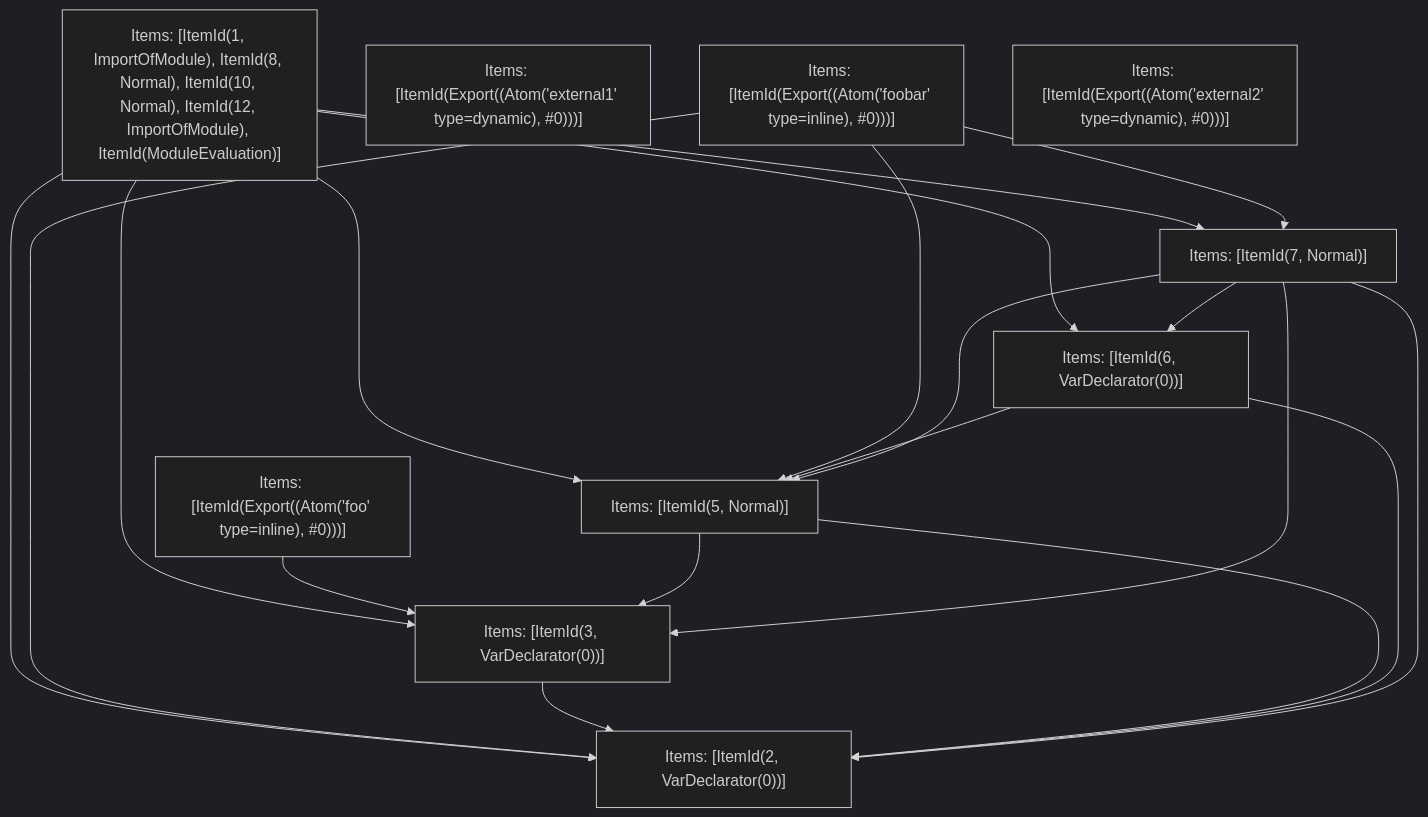
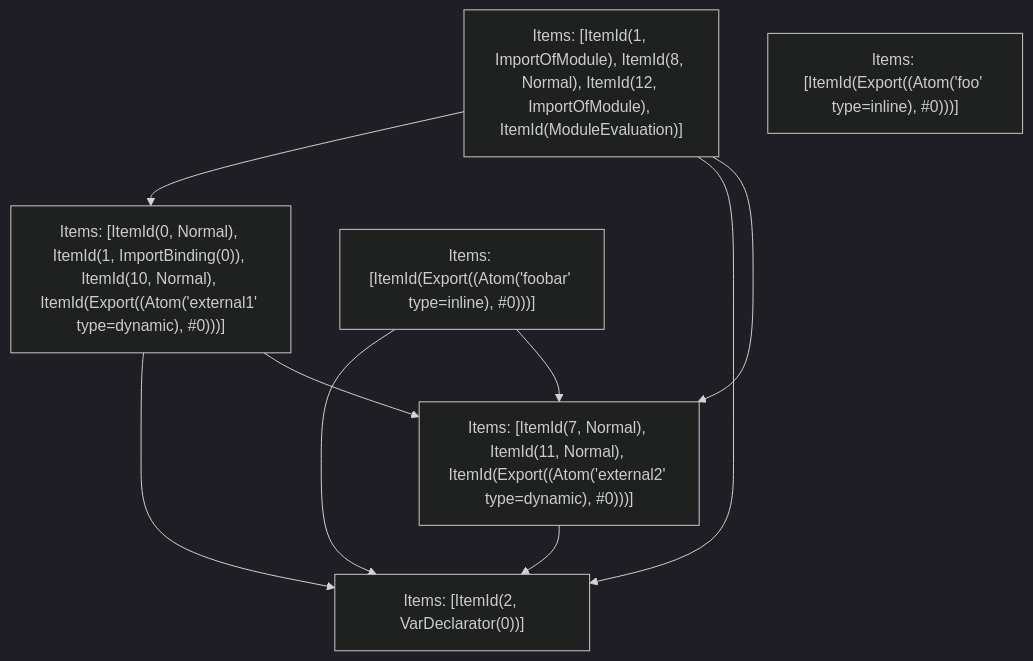
Before and after one commit to vercel/turborepo: the fifth of 5 diagrams in crates/turbopack-ecmascript/tests/tree-shaker/analyzer/2/output.md, drawn with Mermaid (dark theme). The commit also changed other lines of this file and 3 other files, not shown here.

````diff
--- a/crates/turbopack-ecmascript/tests/tree-shaker/analyzer/2/output.md
+++ b/crates/turbopack-ecmascript/tests/tree-shaker/analyzer/2/output.md
@@ -359,31 +359,17 @@
 ```mermaid
 graph TD
-    N0["Items: [ItemId(1, ImportOfModule), ItemId(8, Normal), ItemId(10, Normal), ItemId(12, ImportOfModule), ItemId(ModuleEvaluation)]"];
-    N1["Items: [ItemId(Export((Atom('external1' type=dynamic), #0)))]"];
+    N0["Items: [ItemId(1, ImportOfModule), ItemId(8, Normal), ItemId(12, ImportOfModule), ItemId(ModuleEvaluation)]"];
+    N1["Items: [ItemId(0, Normal), ItemId(1, ImportBinding(0)), ItemId(10, Normal), ItemId(Export((Atom('external1' type=dynamic), #0)))]"];
     N2["Items: [ItemId(Export((Atom('foobar' type=inline), #0)))]"];
     N3["Items: [ItemId(Export((Atom('foo' type=inline), #0)))]"];
-    N4["Items: [ItemId(Export((Atom('external2' type=dynamic), #0)))]"];
+    N4["Items: [ItemId(7, Normal), ItemId(11, Normal), ItemId(Export((Atom('external2' type=dynamic), #0)))]"];
     N5["Items: [ItemId(2, VarDeclarator(0))]"];
-    N6["Items: [ItemId(3, VarDeclarator(0))]"];
-    N7["Items: [ItemId(5, Normal)]"];
-    N8["Items: [ItemId(6, VarDeclarator(0))]"];
-    N9["Items: [ItemId(7, Normal)]"];
-    N0 --> N8;
+    N0 --> N1;
     N0 --> N5;
-    N0 --> N7;
-    N0 --> N9;
-    N0 --> N6;
+    N0 --> N4;
+    N1 --> N5;
+    N1 --> N4;
     N2 --> N5;
-    N2 --> N7;
-    N2 --> N9;
-    N3 --> N6;
-    N6 --> N5;
-    N7 --> N5;
-    N7 --> N6;
-    N8 --> N5;
-    N8 --> N7;
-    N9 --> N5;
-    N9 --> N7;
-    N9 --> N6;
-    N9 --> N8;
+    N2 --> N4;
+    N4 --> N5;
 ```
````
